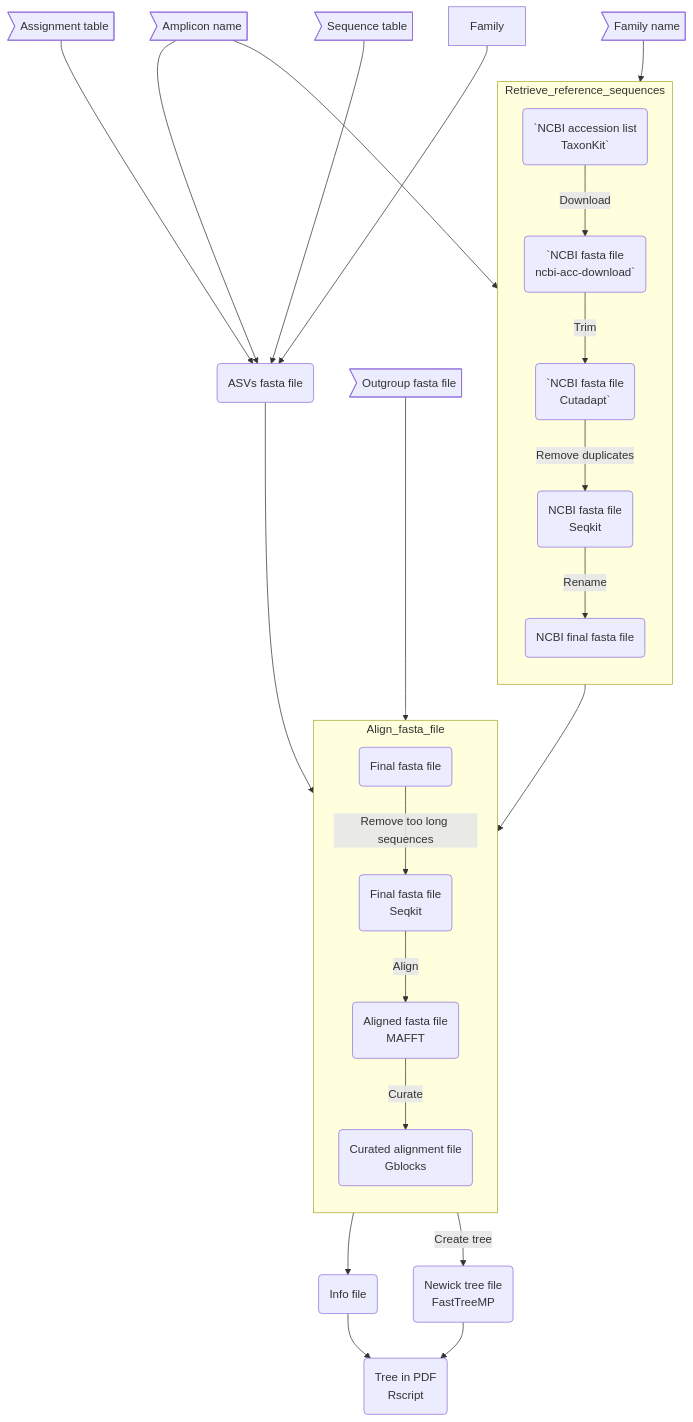
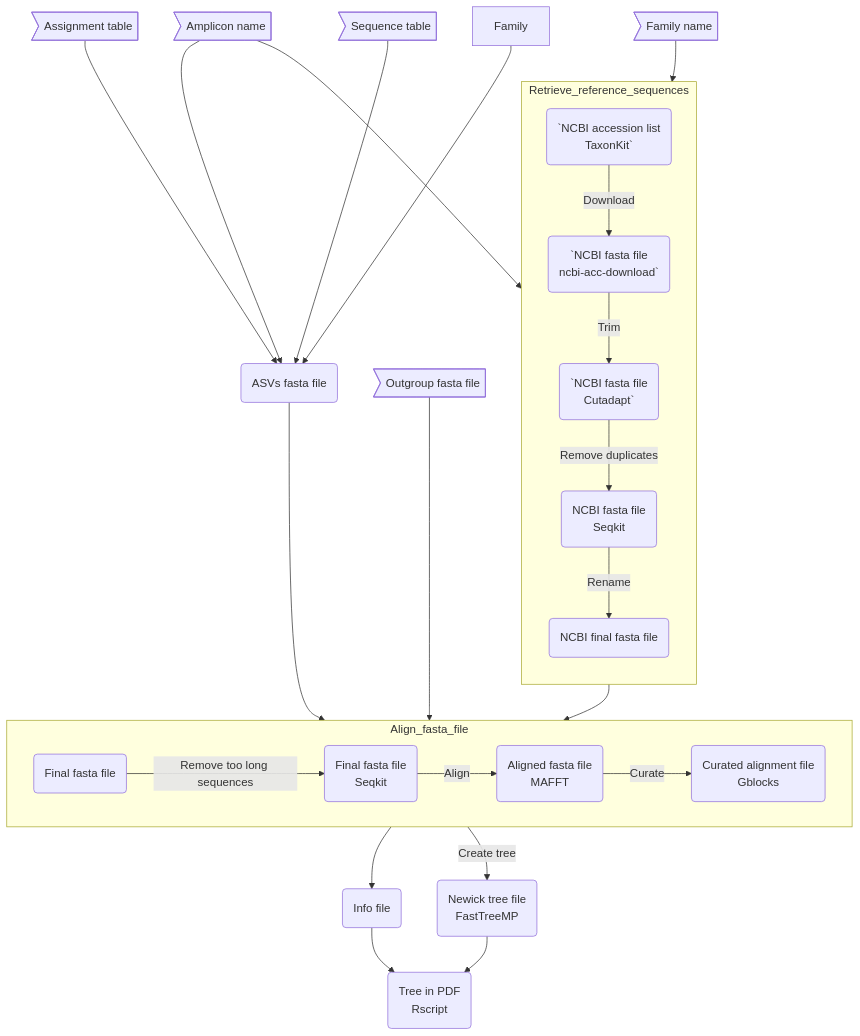
The diagram in README.md (Enorya/Phylo-tree_eDNA), drawn with Mermaid before and after one commit.

````diff
--- a/README.md
+++ b/README.md
@@ -24,46 +24,46 @@
 ```mermaid
 flowchart
 	amplicon>Amplicon name]
 	family>Family name]
 	Assign>Assignment table]
 	Seq>Sequence table]
 	Out>Outgroup fasta file]
 	step1(`NCBI accession list
 TaxonKit`)
 	step2(`NCBI fasta file
 ncbi-acc-download`)
 	step3(`NCBI fasta file
 Cutadapt`)
 	step4(NCBI fasta file
 Seqkit)
 	step5(NCBI final fasta file)
 	step6(ASVs fasta file)
 	step7(Final fasta file)
 	step8(Final fasta file
 Seqkit)
 	step9(Aligned fasta file
 MAFFT)
 	step10(Curated alignment file
 Gblocks)
 	step11(Newick tree file
 FastTreeMP)
 	step12(Info file)
 	step13(Tree in PDF
 Rscript)
 
 	subgraph Retrieve_reference_sequences
 		direction TB
         	step1 -->|Download| step2 -->|Trim| step3 -->|Remove duplicates| step4 -->|Rename| step5
 	end
 	subgraph Align_fasta_file
-		direction TB
+		direction LR
         	step7 -->|Remove too long sequences| step8 -->|Align| step9 -->|Curate| step10
 	end
 	amplicon --> step1
 	family --> step1
 	amplicon & Assign & Seq & Family --> step6
 	step5 & Out & step6 --> step7
 	step10 --> step12 --> step13
 	step10 -->|Create tree| step11 --> step13
 
 ```
````
